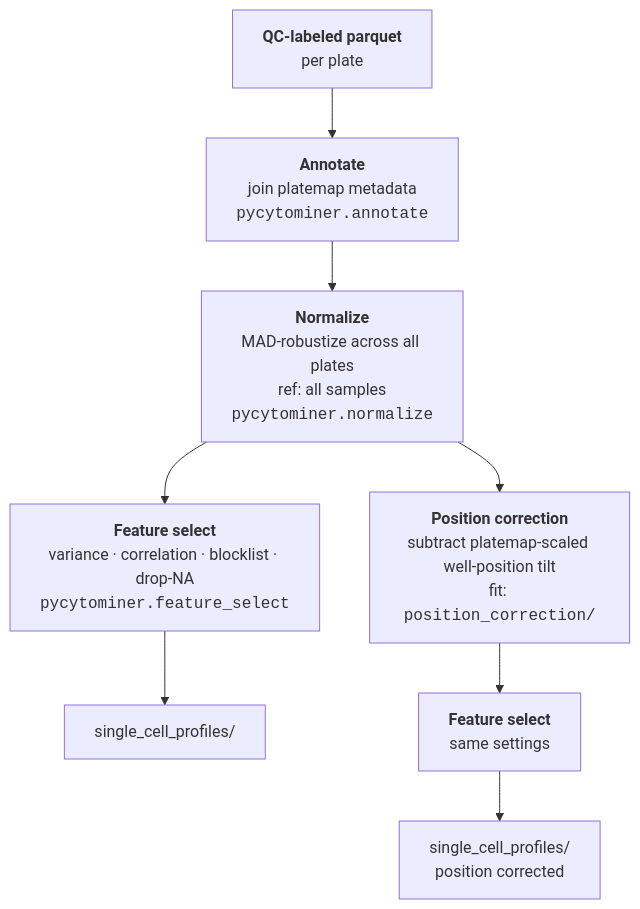
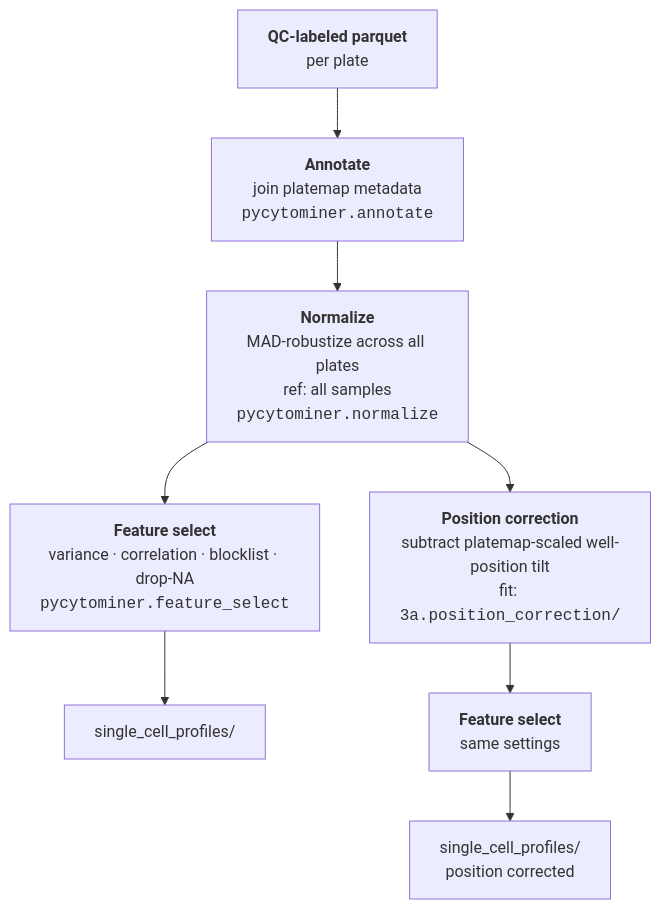
The second of 3 diagrams in 3.preprocessing_features/README.md (WayScience/targeted_fibrosis_drug_screen), drawn with Mermaid before and after one commit. The commit also changed other lines of this file and 14 other files, not shown here.

First line of the commit message:
Rename position correction folder to 3a and apply step to 3b

````diff
--- a/3.preprocessing_features/README.md
+++ b/3.preprocessing_features/README.md
@@ -34,10 +34,10 @@
 ```mermaid
 flowchart TD
     A["<b>QC-labeled parquet</b><br/>per plate"] --> B["<b>Annotate</b><br/>join platemap metadata<br/><code>pycytominer.annotate</code>"]
     B --> C["<b>Normalize</b><br/>MAD-robustize across all plates<br/>ref: all samples<br/><code>pycytominer.normalize</code>"]
     C --> D["<b>Feature select</b><br/>variance · correlation · blocklist · drop-NA<br/><code>pycytominer.feature_select</code>"]
     D --> E[single_cell_profiles/]
-    C --> F["<b>Position correction</b><br/>subtract platemap-scaled well-position tilt<br/>fit: <code>position_correction/</code>"]
+    C --> F["<b>Position correction</b><br/>subtract platemap-scaled well-position tilt<br/>fit: <code>3a.position_correction/</code>"]
     F --> G["<b>Feature select</b><br/>same settings"]
     G --> H[single_cell_profiles/<br/>position corrected]
 ```
````
